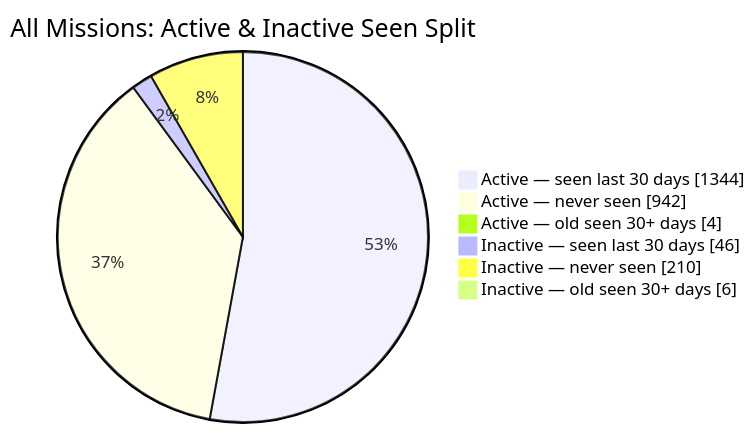
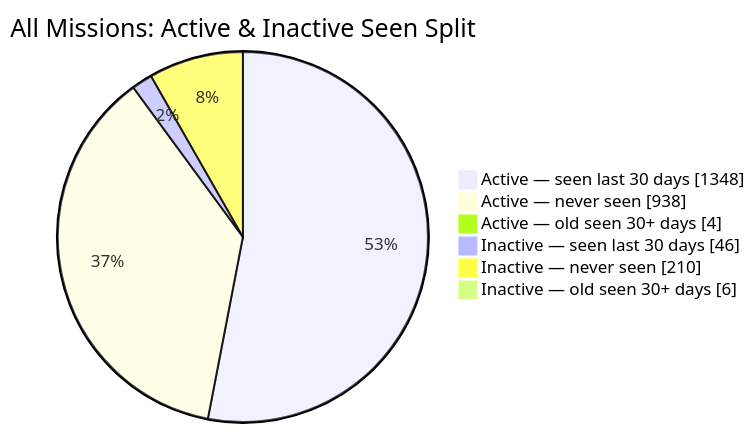
One commit to MeldkamerspelGameTeam/active-missions changed the second of 2 diagrams in README.md. Above: the diagram before and after it, drawn with Mermaid. The commit also changed other lines of this file and 3 other files, not shown here.

````diff
--- a/README.md
+++ b/README.md
@@ -44,10 +44,10 @@
 ```mermaid
 pie showData
     title All Missions: Active & Inactive Seen Split
-    "Active — seen last 30 days" : 1344
-    "Active — never seen" : 942
+    "Active — seen last 30 days" : 1348
+    "Active — never seen" : 938
     "Active — old seen 30+ days" : 4
     "Inactive — seen last 30 days" : 46
     "Inactive — never seen" : 210
     "Inactive — old seen 30+ days" : 6
 ```
````
